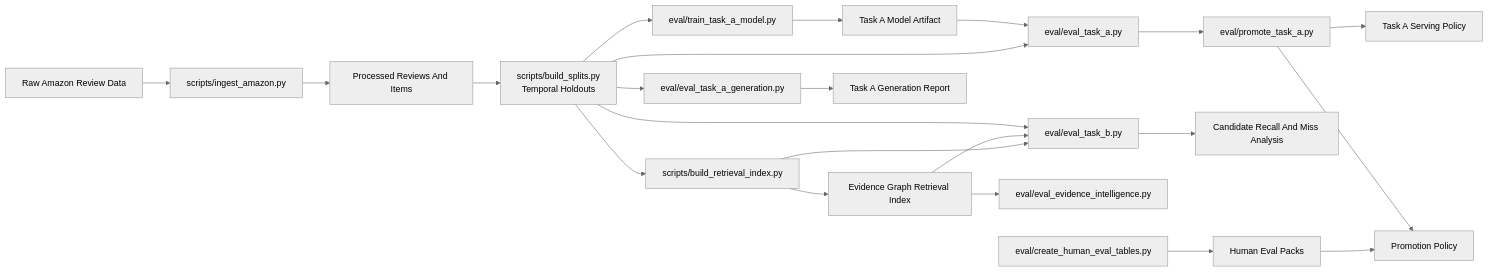
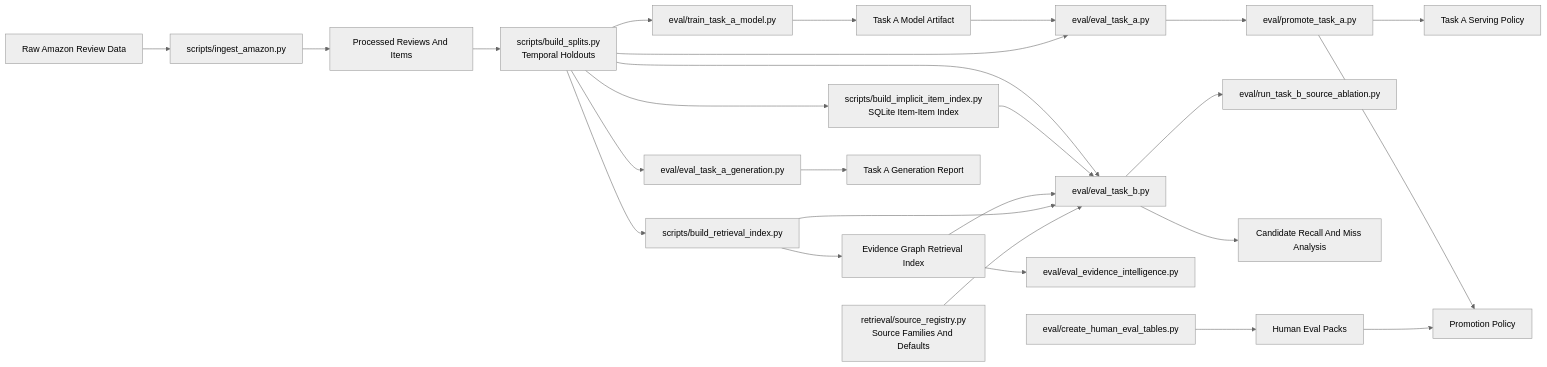
Before and after one commit to stmarkadebayo/bluechip: the fourth of 4 diagrams in docs/architecture/SYSTEM_ARCHITECTURE.md, drawn with Mermaid (neutral theme). The commit also changed other lines of this file and 2 other files, not shown here.

Commit message:
docs: describe lean retrieval architecture

````diff
--- a/docs/architecture/SYSTEM_ARCHITECTURE.md
+++ b/docs/architecture/SYSTEM_ARCHITECTURE.md
@@ -190,28 +190,32 @@
 ```mermaid
 flowchart LR
   raw["Raw Amazon Review Data"] --> ingest["scripts/ingest_amazon.py"]
   ingest --> processed["Processed Reviews And Items"]
   processed --> splits["scripts/build_splits.py\nTemporal Holdouts"]
   splits --> index["scripts/build_retrieval_index.py"]
   index --> evidence_graph["Evidence Graph Retrieval Index"]
+  splits --> implicit_index["scripts/build_implicit_item_index.py\nSQLite Item-Item Index"]
+  source_registry["retrieval/source_registry.py\nSource Families And Defaults"] --> task_b_eval
 
   splits --> task_a_train["eval/train_task_a_model.py"]
   splits --> task_a_eval["eval/eval_task_a.py"]
   task_a_train --> task_a_model["Task A Model Artifact"]
   task_a_model --> task_a_eval
   task_a_eval --> task_a_promote["eval/promote_task_a.py"]
   task_a_promote --> task_a_policy["Task A Serving Policy"]
 
   splits --> task_a_gen["eval/eval_task_a_generation.py"]
   task_a_gen --> gen_report["Task A Generation Report"]
 
   index --> task_b_eval["eval/eval_task_b.py"]
   evidence_graph --> task_b_eval
+  implicit_index --> task_b_eval
   splits --> task_b_eval
+  task_b_eval --> ablation["eval/run_task_b_source_ablation.py"]
   evidence_graph --> evidence_eval["eval/eval_evidence_intelligence.py"]
   task_b_eval --> miss_report["Candidate Recall And Miss Analysis"]
 
   human_tables["eval/create_human_eval_tables.py"] --> human_reports["Human Eval Packs"]
   human_reports --> promotion_policy["Promotion Policy"]
   task_a_promote --> promotion_policy
 ```
````
